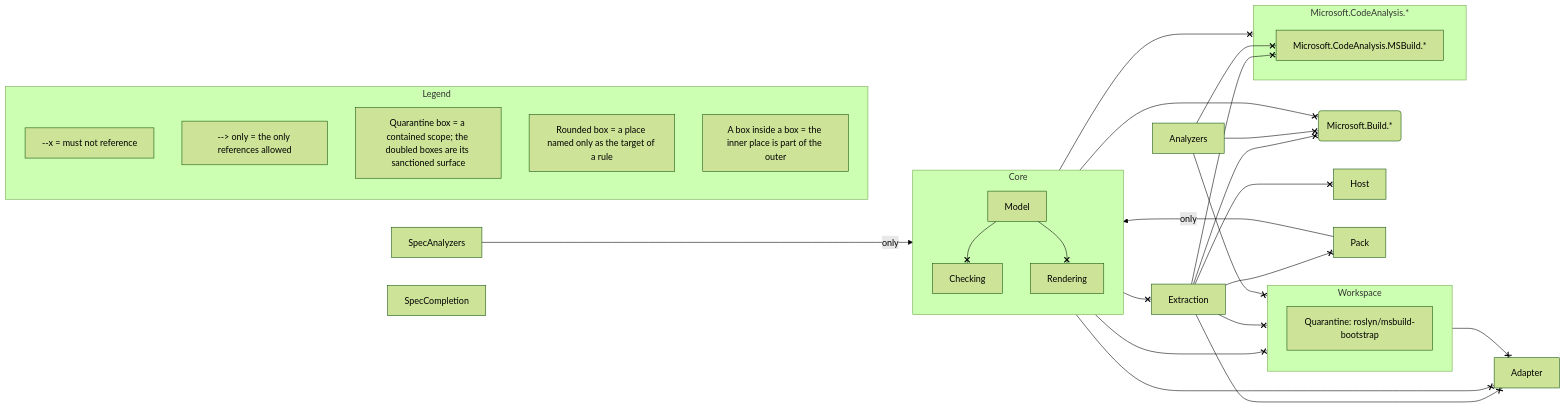
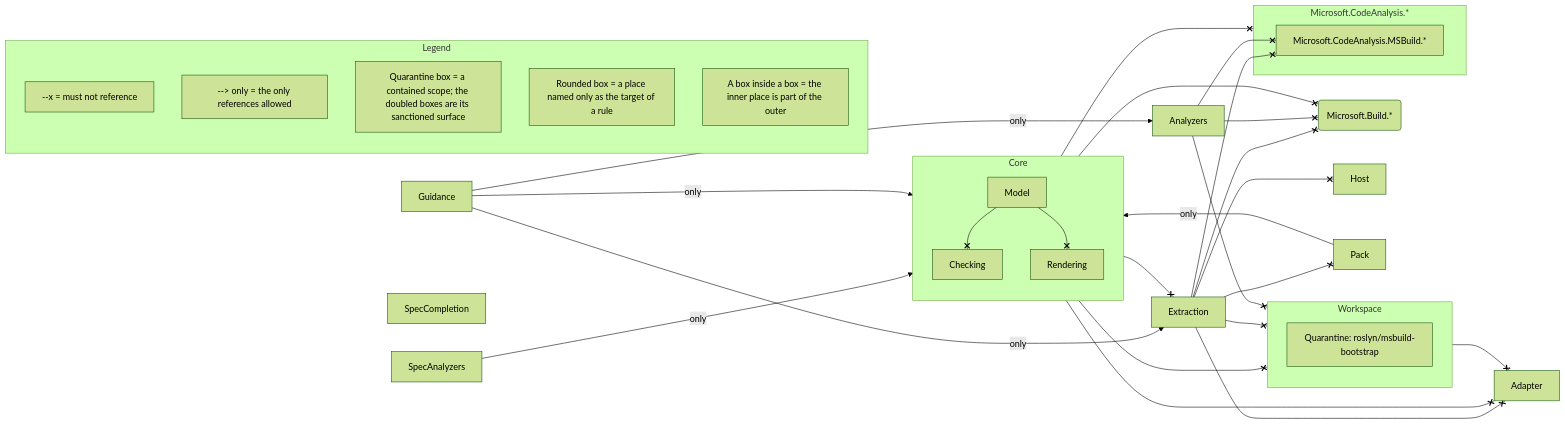
The second of 2 diagrams in ARCHITECTURE.md (andypgray/sliderule), drawn with Mermaid (forest theme) before and after one commit. The commit also changed other lines of this file and 73 other files, not shown here.

````diff
--- a/ARCHITECTURE.md
+++ b/ARCHITECTURE.md
@@ -53,53 +55,57 @@
 ```mermaid
 flowchart LR
     accTitle: Architecture law: SlideRule.Architecture
     accDescr: The places this spec names, the references it forbids, and the debt it grandfathers.
 
     subgraph s_Core["Core"]
         s_Model["Model"]
         s_Checking["Checking"]
         s_Rendering["Rendering"]
     end
     s_Extraction["Extraction"]
     subgraph s_Workspace["Workspace"]
         s_SlideRule_Roslyn_MsBuild["Quarantine: roslyn/msbuild-bootstrap"]
     end
     subgraph s_Microsoft_CodeAnalysis["Microsoft.CodeAnalysis.*"]
         s_Microsoft_CodeAnalysis_MSBuild["Microsoft.CodeAnalysis.MSBuild.*"]
     end
     s_Microsoft_Build("Microsoft.Build.*")
     s_Host["Host"]
     s_Adapter["Adapter"]
     s_Pack["Pack"]
     s_Analyzers["Analyzers"]
     s_SpecAnalyzers["SpecAnalyzers"]
     s_SpecCompletion["SpecCompletion"]
+    s_Guidance["Guidance"]
 
     s_Core --x s_Extraction
     s_Core --x s_Workspace
     s_Core --x s_Microsoft_CodeAnalysis
     s_Core --x s_Microsoft_Build
     s_Extraction --x s_Workspace
     s_Extraction --x s_Host
     s_Extraction --x s_Adapter
     s_Extraction --x s_Pack
     s_Extraction --x s_Microsoft_Build
     s_Extraction --x s_Microsoft_CodeAnalysis_MSBuild
     s_Analyzers --x s_Workspace
     s_Analyzers --x s_Microsoft_Build
     s_Analyzers --x s_Microsoft_CodeAnalysis_MSBuild
     s_Model --x s_Checking
     s_Model --x s_Rendering
     s_Pack -->|"only"| s_Core
     s_SpecAnalyzers -->|"only"| s_Core
     s_Core --x s_Adapter
     s_Workspace --x s_Adapter
+    s_Guidance -->|"only"| s_Core
+    s_Guidance -->|"only"| s_Extraction
+    s_Guidance -->|"only"| s_Analyzers
 
     subgraph l_legend["Legend"]
         l_ban["--x = must not reference"]
         l_only["--> only = the only references allowed"]
         l_quarantine["Quarantine box = a contained scope; the doubled boxes are its sanctioned surface"]
         l_outside["Rounded box = a place named only as the target of a rule"]
         l_nesting["A box inside a box = the inner place is part of the outer"]
     end
 ```
````
